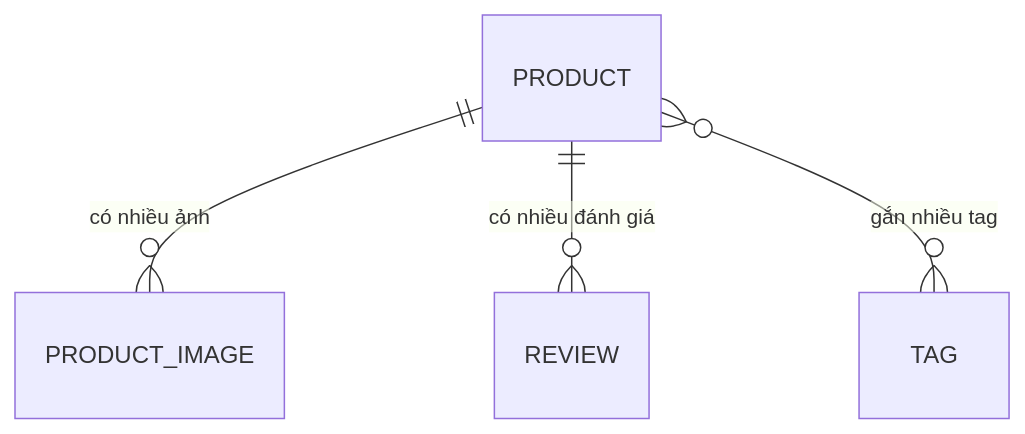
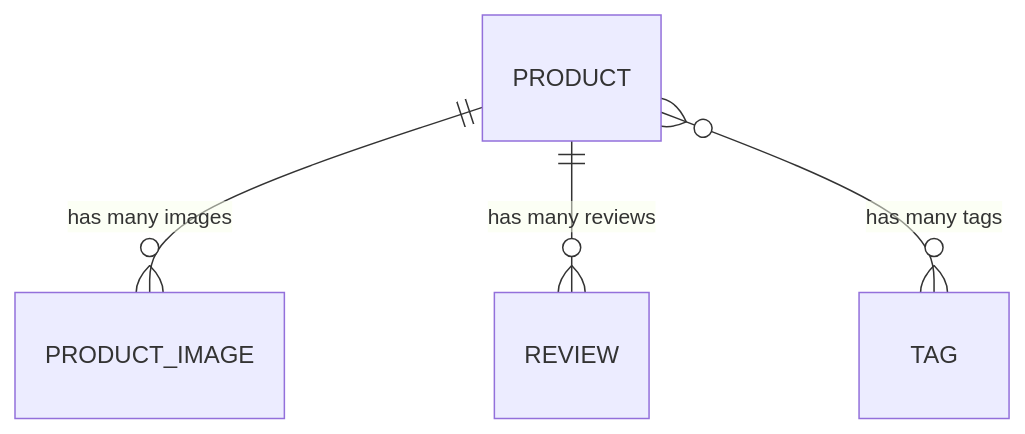
One commit to TNK-git-hub/React-CRUD-Practice changed the diagram in specs/_system/domain-model.md. Above: the diagram before and after it, drawn with Mermaid. The commit also changed other lines of this file and 46 other files, not shown here.

````diff
--- a/specs/_system/domain-model.md
+++ b/specs/_system/domain-model.md
@@ -8,6 +8,6 @@
 ```mermaid
 erDiagram
-    PRODUCT ||--o{ PRODUCT_IMAGE : "có nhiều ảnh"
-    PRODUCT ||--o{ REVIEW : "có nhiều đánh giá"
-    PRODUCT }o--o{ TAG : "gắn nhiều tag"
+    PRODUCT ||--o{ PRODUCT_IMAGE : "has many images"
+    PRODUCT ||--o{ REVIEW : "has many reviews"
+    PRODUCT }o--o{ TAG : "has many tags"
 ```
````
